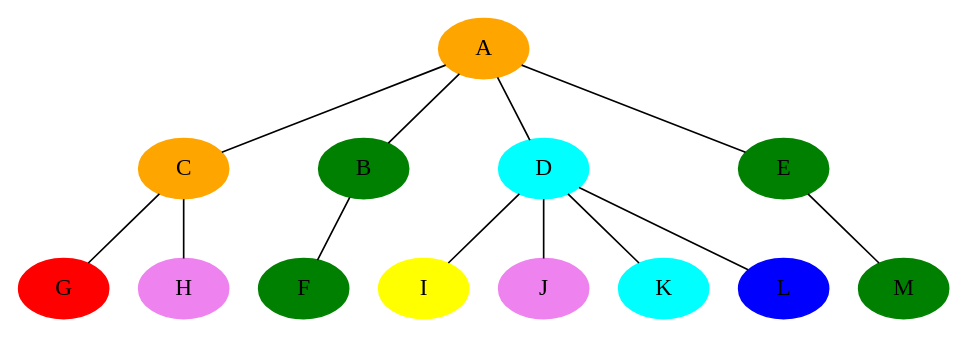
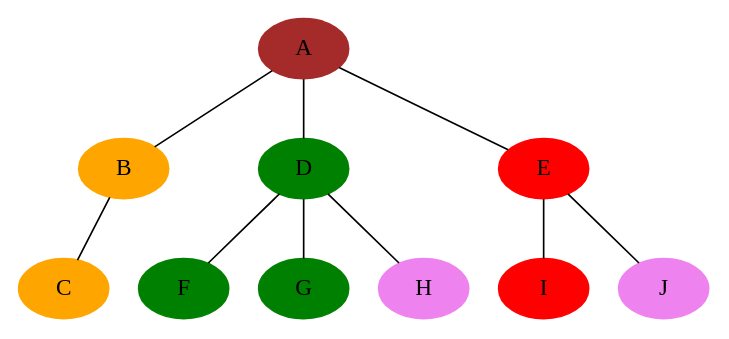
One commit to kuredatan/2016report changed the diagram in illustrations/inducedtree.dot. Above: the diagram before and after it, drawn with Graphviz. The commit also changed 5 other files, not shown here.

```diff
--- a/illustrations/inducedtree.dot
+++ b/illustrations/inducedtree.dot
@@ -1,24 +1,17 @@
 graph g {
 node [style=filled color=orange]
-A -- C;
+B -- C;
+node [style=filled color=brown]
+A -- B;
 node [style=filled color=green]
-A -- B;
-B -- F;
+A -- D;
+D -- F;
+D -- G;
+node [style=filled color=violet]
+D -- H;
 node [style=filled color=red]
-C -- G;
+A -- E;
+E -- I;
 node [style=filled color=violet]
-C -- H;
-node [style=filled color=cyan]
-A -- D;
-node [style=filled color=yellow]
-D -- I;
-node [style=filled color=violet]
-D -- J;
-node [style=filled color=cyan]
-D -- K;
-node [style=filled color=blue];
-D -- L;
-node [style=filled color=green]
-A -- E;
-E -- M;
+E -- J;
 }
```
